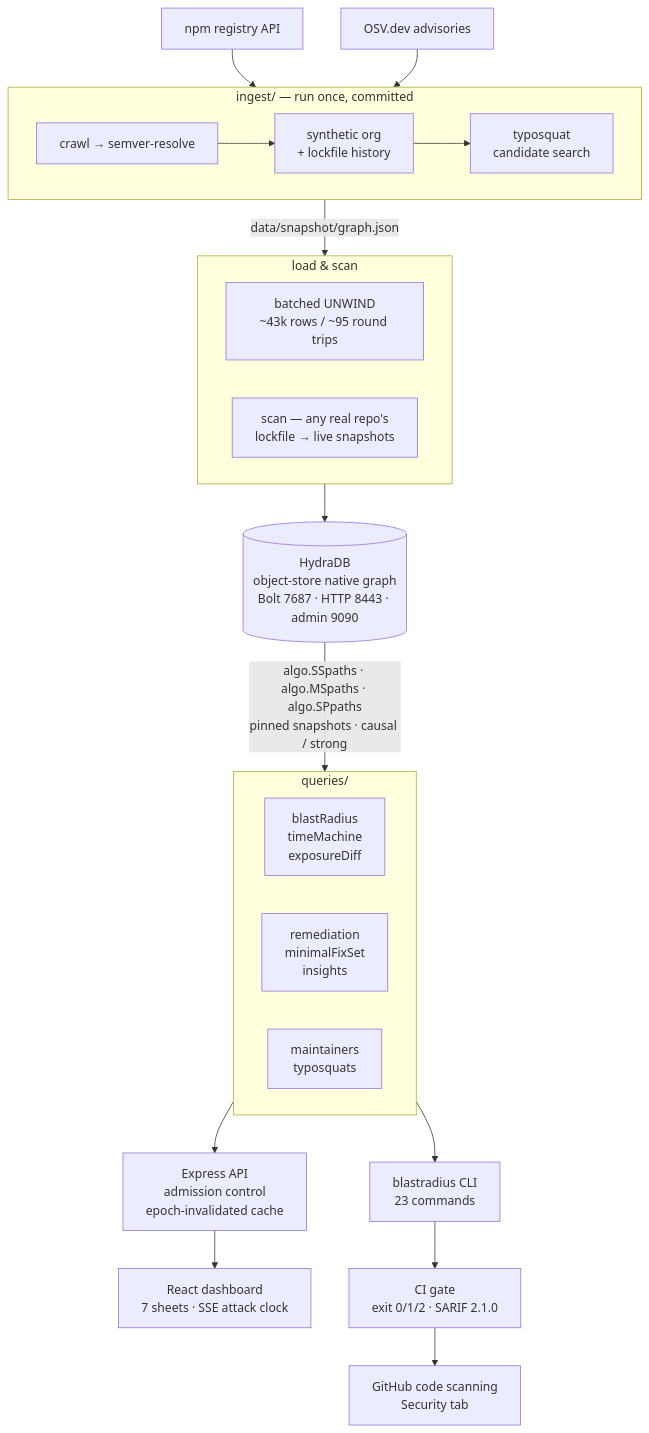
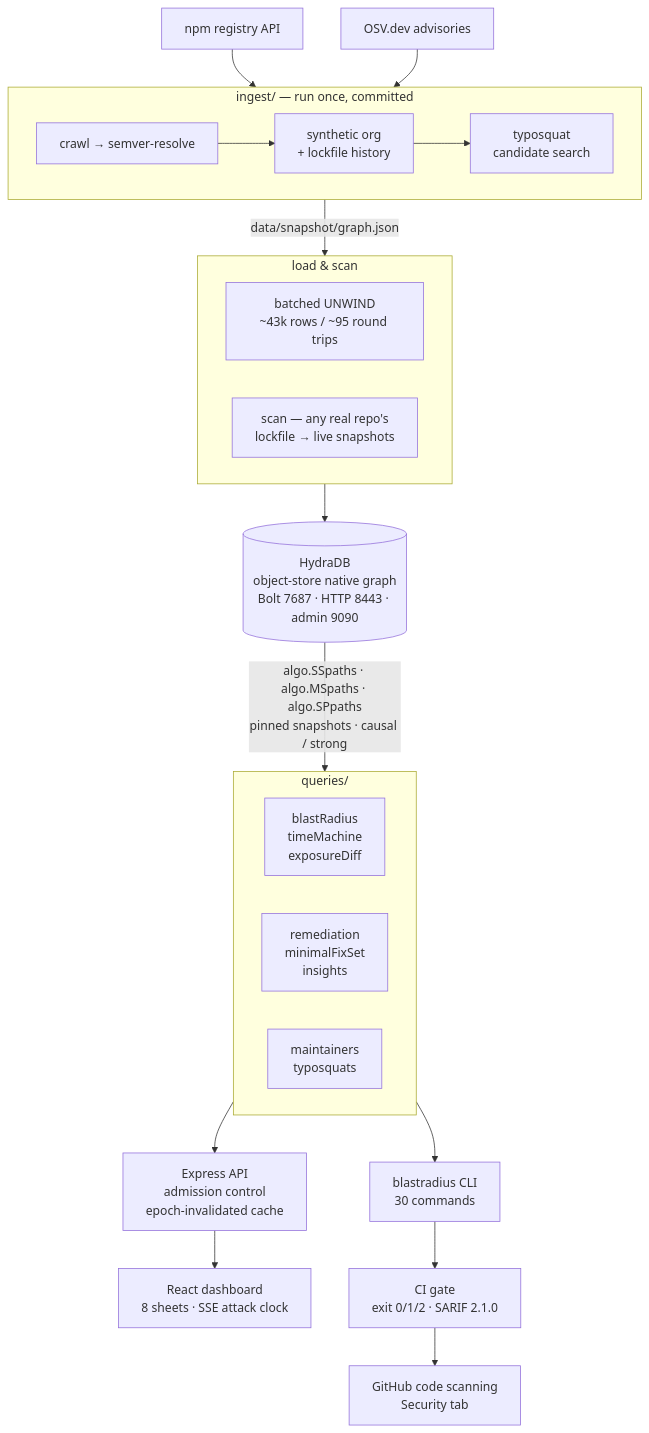
Before and after one commit to nickthelegend/blast-radius: the diagram in README.md, drawn with Mermaid. The commit also changed other lines of this file and 3 other files, not shown here.

````diff
--- a/README.md
+++ b/README.md
@@ -667,38 +690,38 @@
 ```mermaid
 flowchart TB
   npm["npm registry API"] --> ingest
   osv["OSV.dev advisories"] --> ingest
 
   subgraph ingest["ingest/ — run once, committed"]
     direction LR
     crawl["crawl → semver-resolve"] --> org["synthetic org<br/>+ lockfile history"] --> typo["typosquat<br/>candidate search"]
   end
 
   ingest -->|"data/snapshot/graph.json"| load
 
   subgraph load["load & scan"]
     direction LR
     loader["batched UNWIND<br/>~43k rows / ~95 round trips"]
     scan["scan — any real repo's<br/>lockfile → live snapshots"]
   end
 
   load --> hydra
 
   hydra[("HydraDB<br/>object-store native graph<br/>Bolt 7687 · HTTP 8443 · admin 9090")]
 
   hydra -->|"algo.SSpaths · algo.MSpaths · algo.SPpaths<br/>pinned snapshots · causal / strong"| queries
 
   subgraph queries["queries/"]
     direction LR
     q1["blastRadius<br/>timeMachine<br/>exposureDiff"]
     q2["remediation<br/>minimalFixSet<br/>insights"]
     q3["maintainers<br/>typosquats"]
   end
 
-  queries --> cli["blastradius CLI<br/>23 commands"]
+  queries --> cli["blastradius CLI<br/>30 commands"]
   queries --> api["Express API<br/>admission control<br/>epoch-invalidated cache"]
 
-  api --> dash["React dashboard<br/>7 sheets · SSE attack clock"]
+  api --> dash["React dashboard<br/>8 sheets · SSE attack clock"]
   cli --> gate["CI gate<br/>exit 0/1/2 · SARIF 2.1.0"]
   gate --> gh["GitHub code scanning<br/>Security tab"]
 ```
````
